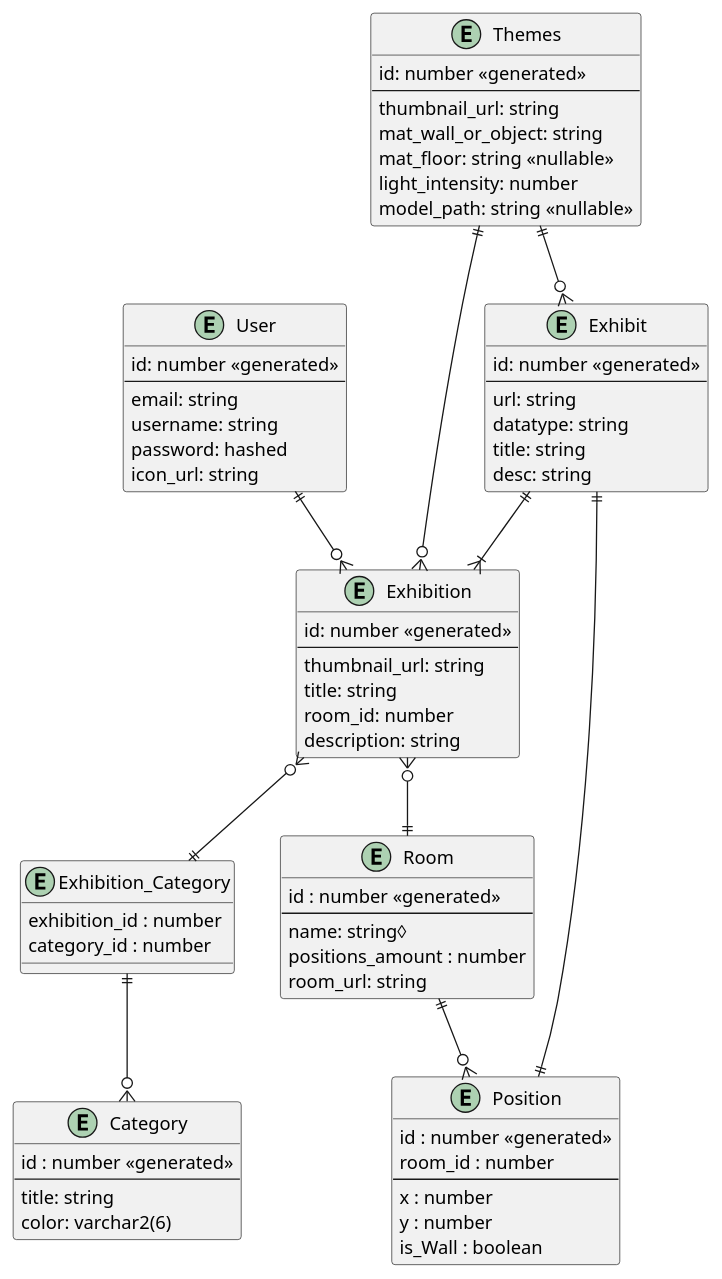
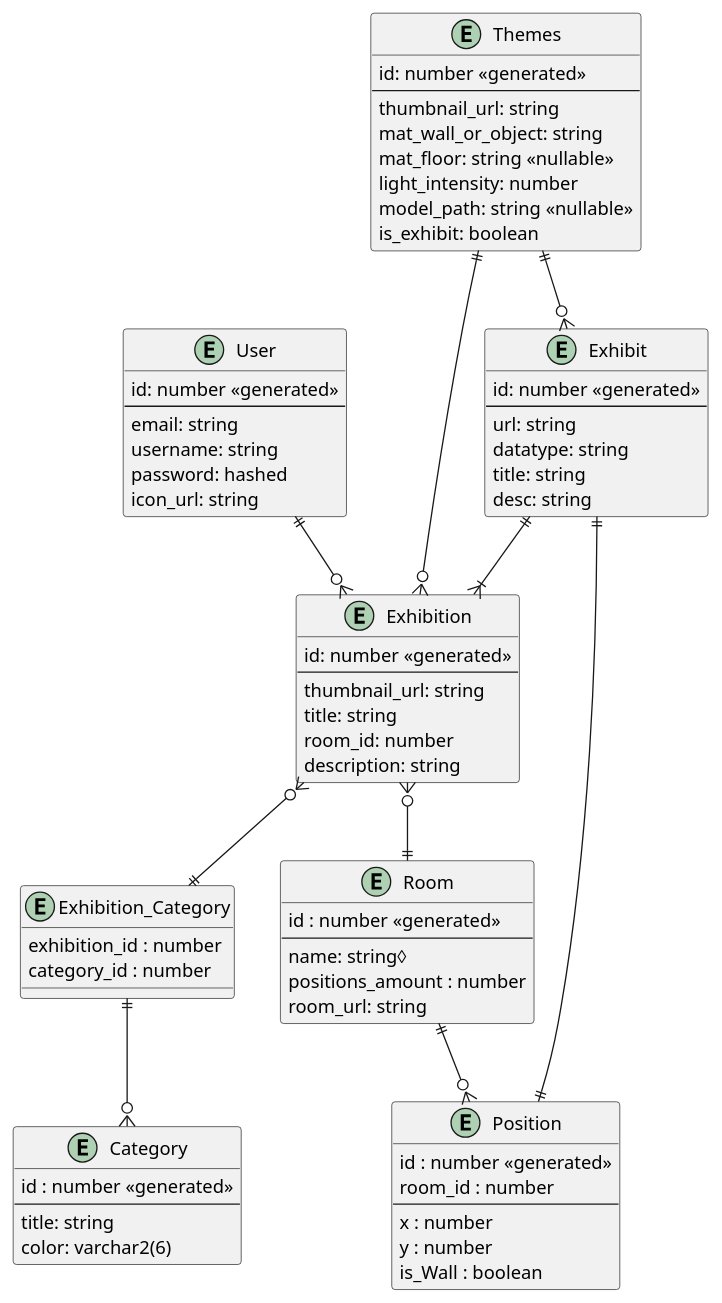
The diagram in ERD/erd.wsd (L0R3N7/3D-Portfolio-Gallery), drawn with PlantUML before and after one commit.

Commit message:
added field in ERD for themes

```diff
--- a/ERD/erd.wsd
+++ b/ERD/erd.wsd
@@ -1,76 +1,77 @@
 @startuml DA-Klassendiagramm
 entity User {
     id: number <<generated>>
     --
     email: string
     username: string
     password: hashed
     icon_url: string
 }
 
 entity Exhibition {
     id: number <<generated>>
     --
     thumbnail_url: string
     title: string
     room_id: number
     description: string
 }
 entity Themes {
     id: number <<generated>>
     --
     thumbnail_url: string
     mat_wall_or_object: string
     mat_floor: string <<nullable>>
     light_intensity: number
     model_path: string <<nullable>>
+    is_exhibit: boolean
 }
 
 entity Room {
     id : number <<generated>>
     --
     name: string◊
     positions_amount : number
     room_url: string
 }
 
 entity Position{
     id : number <<generated>>
     room_id : number
     ---
     x : number
     y : number
     is_Wall : boolean
 }
 
 entity Exhibition_Category {
     exhibition_id : number
     category_id : number
 }
 
 entity Category{
    id : number <<generated>>
    --
    title: string
    color: varchar2(6)
 }
 
 entity Exhibit {
     id: number <<generated>> 
     --
     url: string
     datatype: string
     title: string
     desc: string
 }
 
 User ||--o{ Exhibition
 Exhibit ||--|{Exhibition
 Exhibit ||--|| Position
 Exhibition }o--|| Exhibition_Category
 Exhibition_Category ||--o{ Category
 Room ||--o{ Position
 Exhibition }o--|| Room
 Themes ||--o{ Exhibition
 Themes ||--o{ Exhibit
 @enduml
```
